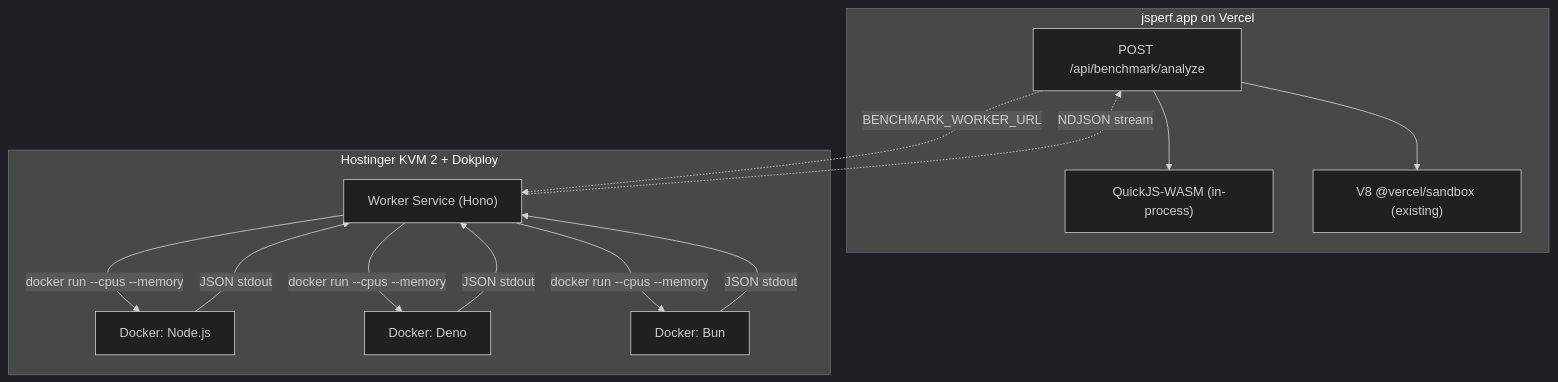
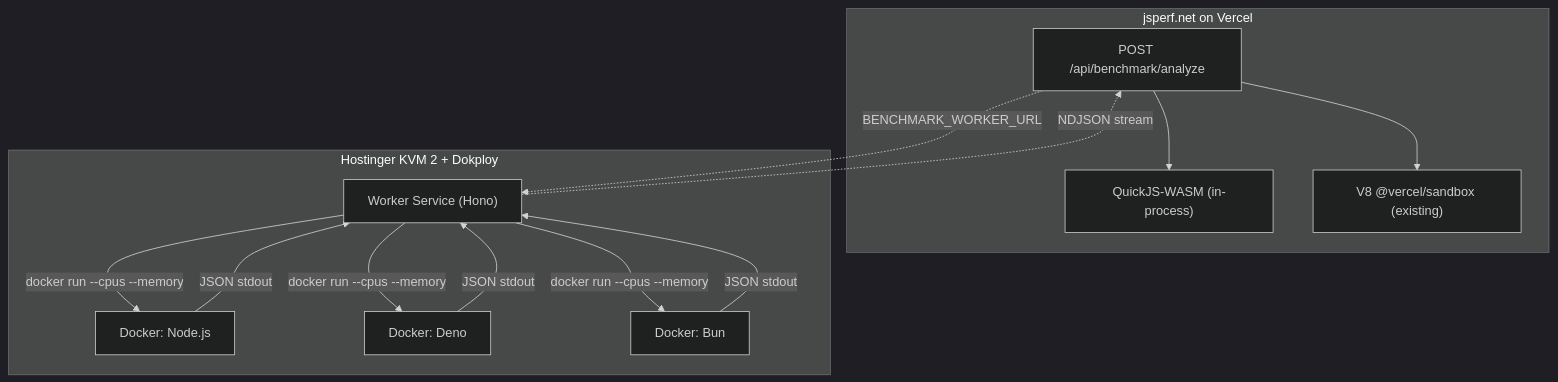
One commit to mr47/jsperf.app changed the diagram in .cursor/plans/firecracker_multi-runtime_benchmarks_2565b613.plan.md. Above: the diagram before and after it, drawn with Mermaid (dark theme). The commit also changed other lines of this file and 18 other files, not shown here.

````diff
--- a/.cursor/plans/firecracker_multi-runtime_benchmarks_2565b613.plan.md
+++ b/.cursor/plans/firecracker_multi-runtime_benchmarks_2565b613.plan.md
@@ -79,26 +79,26 @@
 ```mermaid
 graph TD
-    subgraph vercel [jsperf.app on Vercel]
+    subgraph vercel [jsperf.net on Vercel]
         AnalyzeAPI["POST /api/benchmark/analyze"]
         QuickJS["QuickJS-WASM (in-process)"]
         V8Sandbox["V8 @vercel/sandbox (existing)"]
     end
 
     subgraph hostinger [Hostinger KVM 2 + Dokploy]
         WorkerAPI["Worker Service (Hono)"]
         DockerNode["Docker: Node.js"]
         DockerDeno["Docker: Deno"]
         DockerBun["Docker: Bun"]
     end
 
     AnalyzeAPI --> QuickJS
     AnalyzeAPI --> V8Sandbox
     AnalyzeAPI -.->|"BENCHMARK_WORKER_URL"| WorkerAPI
     WorkerAPI -->|"docker run --cpus --memory"| DockerNode
     WorkerAPI -->|"docker run --cpus --memory"| DockerDeno
     WorkerAPI -->|"docker run --cpus --memory"| DockerBun
     DockerNode -->|"JSON stdout"| WorkerAPI
     DockerDeno -->|"JSON stdout"| WorkerAPI
     DockerBun -->|"JSON stdout"| WorkerAPI
     WorkerAPI -.->|"NDJSON stream"| AnalyzeAPI
 ```
````
